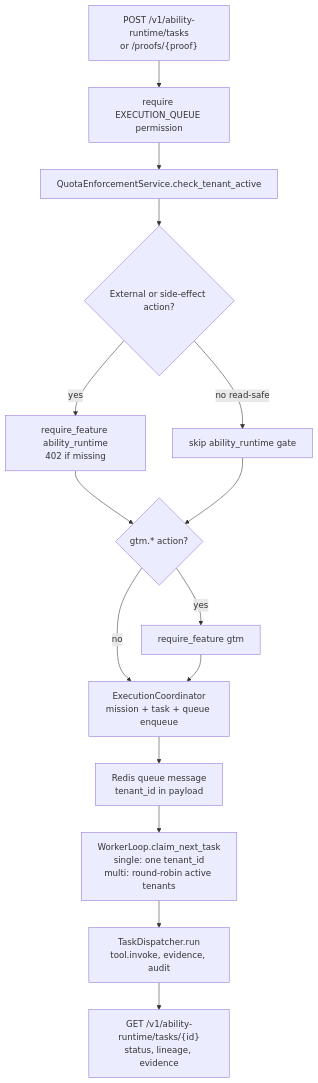
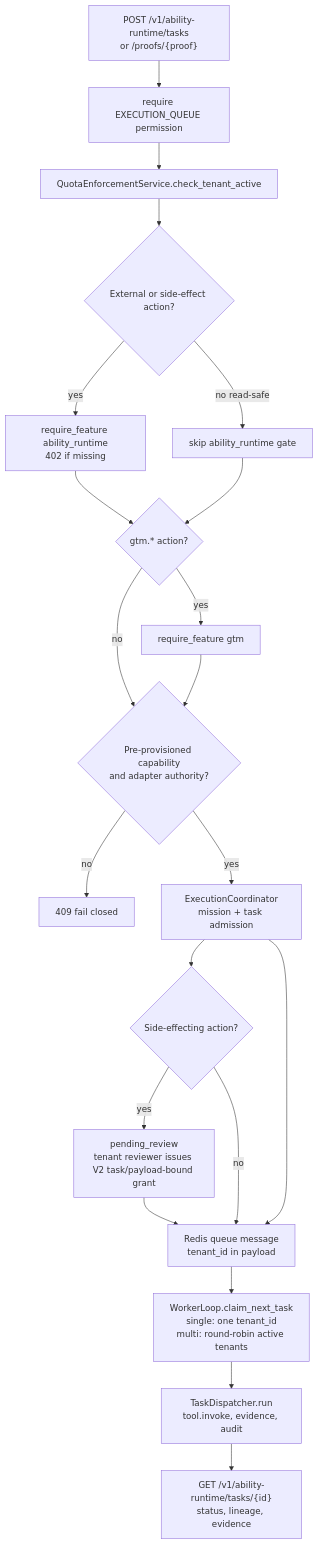
Before and after one commit to 1devteam/ajenda-ai: the fifth of 8 diagrams in docs/architecture/SYSTEM_ARCHITECTURE.md, drawn with Mermaid. The commit also changed other lines of this file and 61 other files, not shown here.

````diff
--- a/docs/architecture/SYSTEM_ARCHITECTURE.md
+++ b/docs/architecture/SYSTEM_ARCHITECTURE.md
@@ -167,17 +167,23 @@
 ```mermaid
 flowchart TD
     A["POST /v1/ability-runtime/tasks<br/>or /proofs/{proof}"] --> B["require EXECUTION_QUEUE permission"]
     B --> C["QuotaEnforcementService.check_tenant_active"]
     C --> D{"External or side-effect action?"}
     D -->|yes| E["require_feature ability_runtime<br/>402 if missing"]
     D -->|no read-safe| F["skip ability_runtime gate"]
     E --> G{"gtm.* action?"}
     F --> G
     G -->|yes| H["require_feature gtm"]
-    G -->|no| I["ExecutionCoordinator<br/>mission + task + queue enqueue"]
-    H --> I
+    G -->|no| A1{"Pre-provisioned capability<br/>and adapter authority?"}
+    H --> A1
+    A1 -->|no| X["409 fail closed"]
+    A1 -->|yes| I["ExecutionCoordinator<br/>mission + task admission"]
+    I --> R{"Side-effecting action?"}
+    R -->|yes| V["pending_review<br/>tenant reviewer issues V2 task/payload-bound grant"]
+    V --> J
+    R -->|no| J
     I --> J["Redis queue message<br/>tenant_id in payload"]
     J --> K["WorkerLoop.claim_next_task<br/>single: one tenant_id<br/>multi: round-robin active tenants"]
     K --> L["TaskDispatcher.run<br/>tool.invoke, evidence, audit"]
     L --> M["GET /v1/ability-runtime/tasks/{id}<br/>status, lineage, evidence"]
 ```
````
